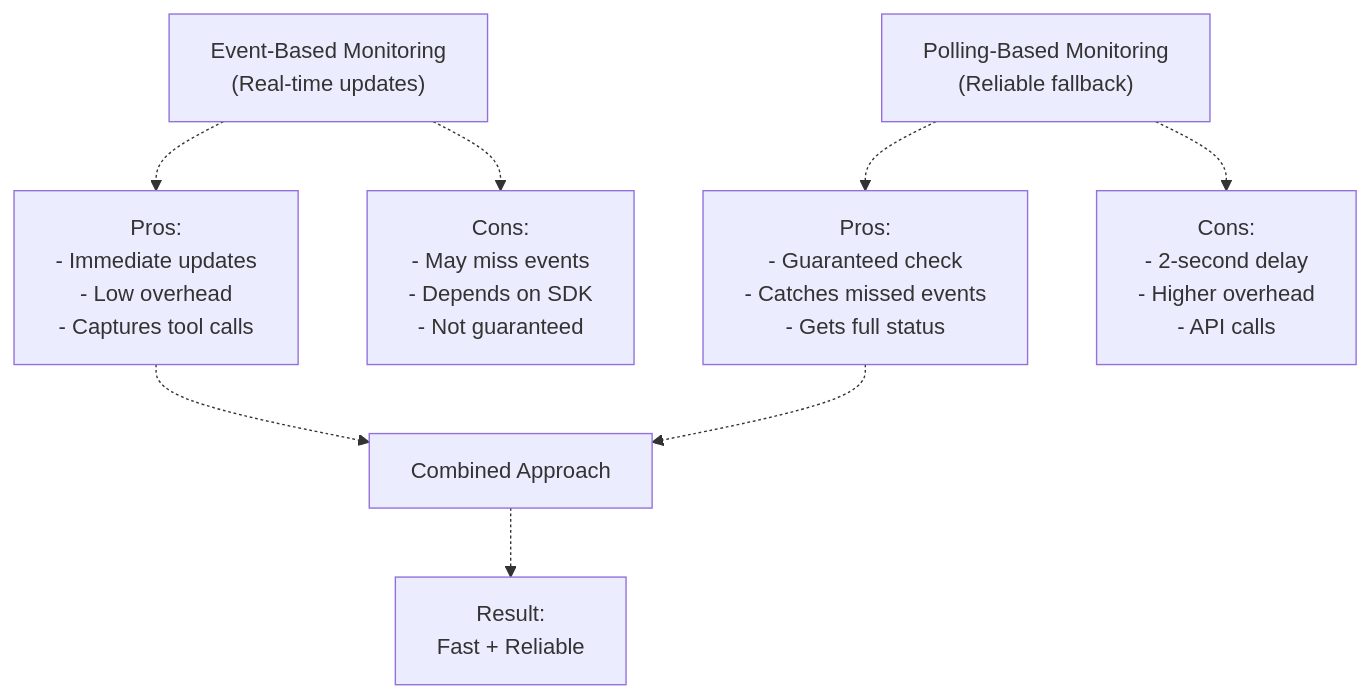
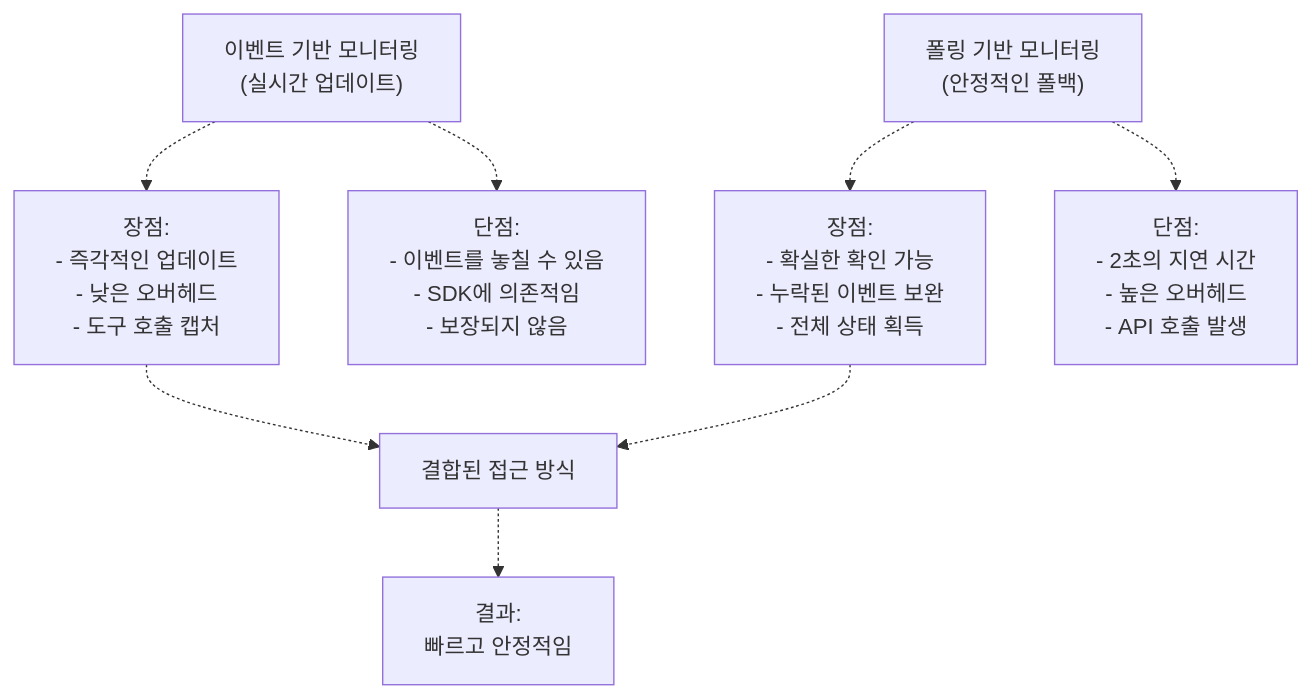
Before and after one commit to felipetruman/oh-my-opencode-docs: the second of 14 diagrams in docs/background-execution/task-execution-and-polling.md, drawn with Mermaid. The commit also changed other lines of this file and 76 other files, not shown here.

````diff
--- a/docs/background-execution/task-execution-and-polling.md
+++ b/docs/background-execution/task-execution-and-polling.md
@@ -87,20 +87,20 @@
 ```mermaid
 flowchart TD
 
-Events["Event-Based Monitoring<br>(Real-time updates)"]
-Polling["Polling-Based Monitoring<br>(Reliable fallback)"]
-EventPro["Pros:<br>- Immediate updates<br>- Low overhead<br>- Captures tool calls"]
-EventCon["Cons:<br>- May miss events<br>- Depends on SDK<br>- Not guaranteed"]
-PollPro["Pros:<br>- Guaranteed check<br>- Catches missed events<br>- Gets full status"]
-PollCon["Cons:<br>- 2-second delay<br>- Higher overhead<br>- API calls"]
-Both["Combined Approach"]
-Result["Result:<br>Fast + Reliable"]
+Events["이벤트 기반 모니터링<br>(실시간 업데이트)"]
+Polling["폴링 기반 모니터링<br>(안정적인 폴백)"]
+EventPro["장점:<br>- 즉각적인 업데이트<br>- 낮은 오버헤드<br>- 도구 호출 캡처"]
+EventCon["단점:<br>- 이벤트를 놓칠 수 있음<br>- SDK에 의존적임<br>- 보장되지 않음"]
+PollPro["장점:<br>- 확실한 확인 가능<br>- 누락된 이벤트 보완<br>- 전체 상태 획득"]
+PollCon["단점:<br>- 2초의 지연 시간<br>- 높은 오버헤드<br>- API 호출 발생"]
+Both["결합된 접근 방식"]
+Result["결과:<br>빠르고 안정적임"]
 
 Events -.-> EventPro
 Events -.-> EventCon
 Polling -.-> PollPro
 Polling -.-> PollCon
 EventPro -.-> Both
 PollPro -.-> Both
 Both -.-> Result
 ```
````
